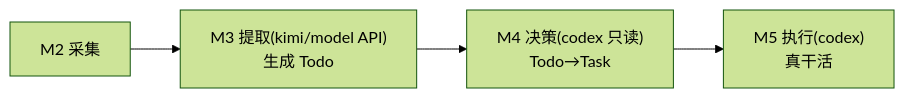
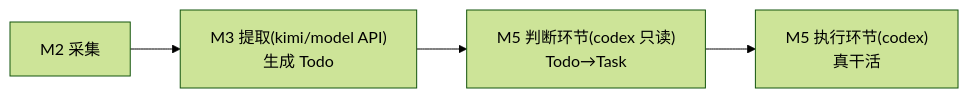
Before and after one commit to mjscjj/jarvis: the first of 2 diagrams in docs/design-context-pipeline.md, drawn with Mermaid (forest theme). The commit also changed other lines of this file and 79 other files, not shown here.

````diff
--- a/docs/design-context-pipeline.md
+++ b/docs/design-context-pipeline.md
@@ -50,6 +50,6 @@
 ```mermaid
 flowchart LR
     M2["M2 采集"] --> M3["M3 提取(kimi/model API)<br/>生成 Todo"]
-    M3 --> M4["M4 决策(codex 只读)<br/>Todo→Task"]
-    M4 --> M5["M5 执行(codex)<br/>真干活"]
+    M3 --> D5["M5 判断环节(codex 只读)<br/>Todo→Task"]
+    D5 --> M5["M5 执行环节(codex)<br/>真干活"]
 ```
````
